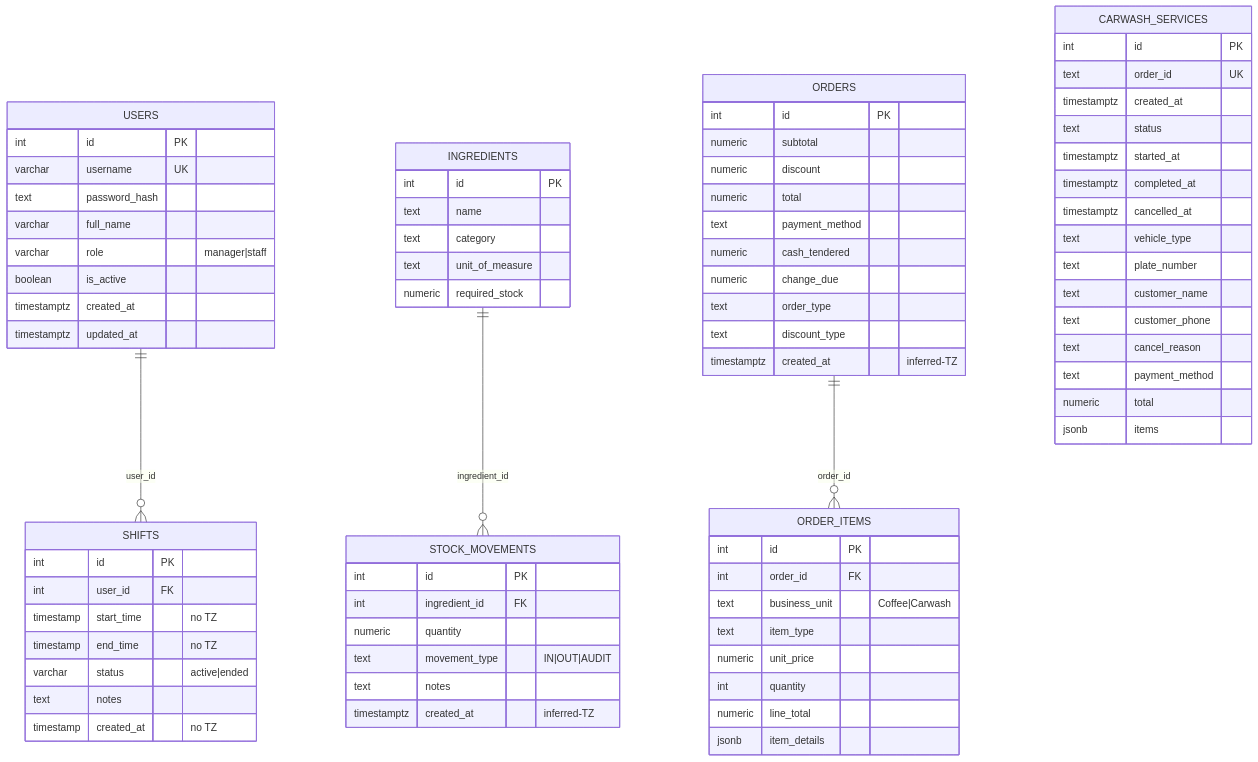
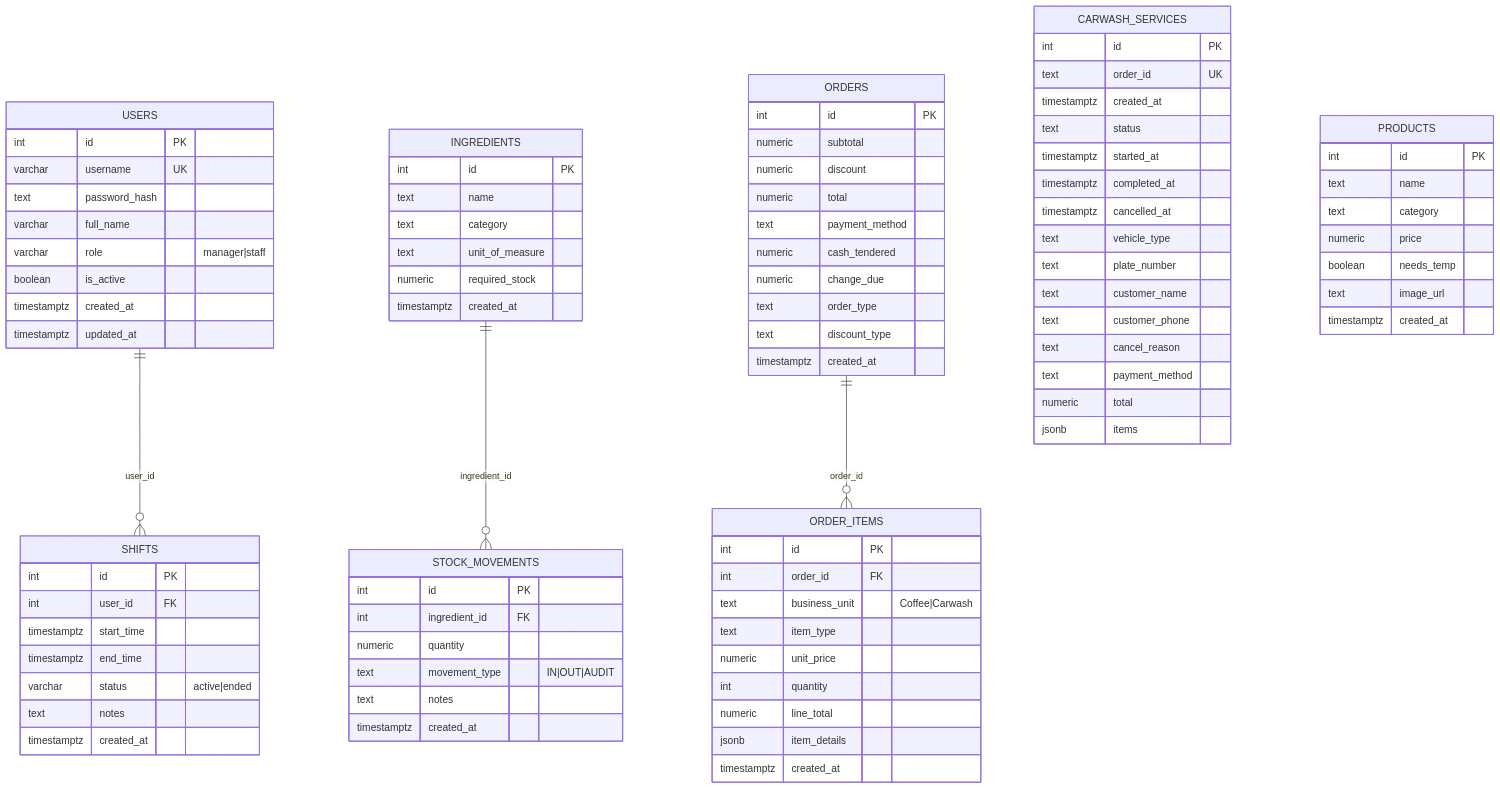
Before and after one commit to kittyryl/onefaith-backend: the diagram in ERD.md, drawn with Mermaid. The commit also changed other lines of this file and 3 other files, not shown here.

First line of the commit message:
Standardize schema to TIMESTAMPTZ and add complete table definitions

````diff
--- a/ERD.md
+++ b/ERD.md
@@ -7,6 +7,7 @@
   USERS ||--o{ SHIFTS : "user_id"
   INGREDIENTS ||--o{ STOCK_MOVEMENTS : "ingredient_id"
   ORDERS ||--o{ ORDER_ITEMS : "order_id"
+  
   CARWASH_SERVICES {
     int id PK
     text order_id UK
@@ -39,11 +40,21 @@
   SHIFTS {
     int id PK
     int user_id FK
-    timestamp start_time "no TZ"
-    timestamp end_time "no TZ"
+    timestamptz start_time
+    timestamptz end_time
     varchar status "active|ended"
     text notes
-    timestamp created_at "no TZ"
+    timestamptz created_at
+  }
+
+  PRODUCTS {
+    int id PK
+    text name
+    text category
+    numeric price
+    boolean needs_temp
+    text image_url
+    timestamptz created_at
   }
 
   INGREDIENTS {
@@ -52,6 +63,7 @@
     text category
     text unit_of_measure
     numeric required_stock
+    timestamptz created_at
   }
 
   STOCK_MOVEMENTS {
@@ -60,7 +72,7 @@
     numeric quantity
     text movement_type "IN|OUT|AUDIT"
     text notes
-    timestamptz created_at "inferred-TZ"
+    timestamptz created_at
   }
 
   ORDERS {
@@ -73,7 +85,7 @@
     numeric change_due
     text order_type
     text discount_type
-    timestamptz created_at "inferred-TZ"
+    timestamptz created_at
   }
 
   ORDER_ITEMS {
@@ -85,5 +97,6 @@
     int quantity
     numeric line_total
     jsonb item_details
+    timestamptz created_at
   }
 ```
````
